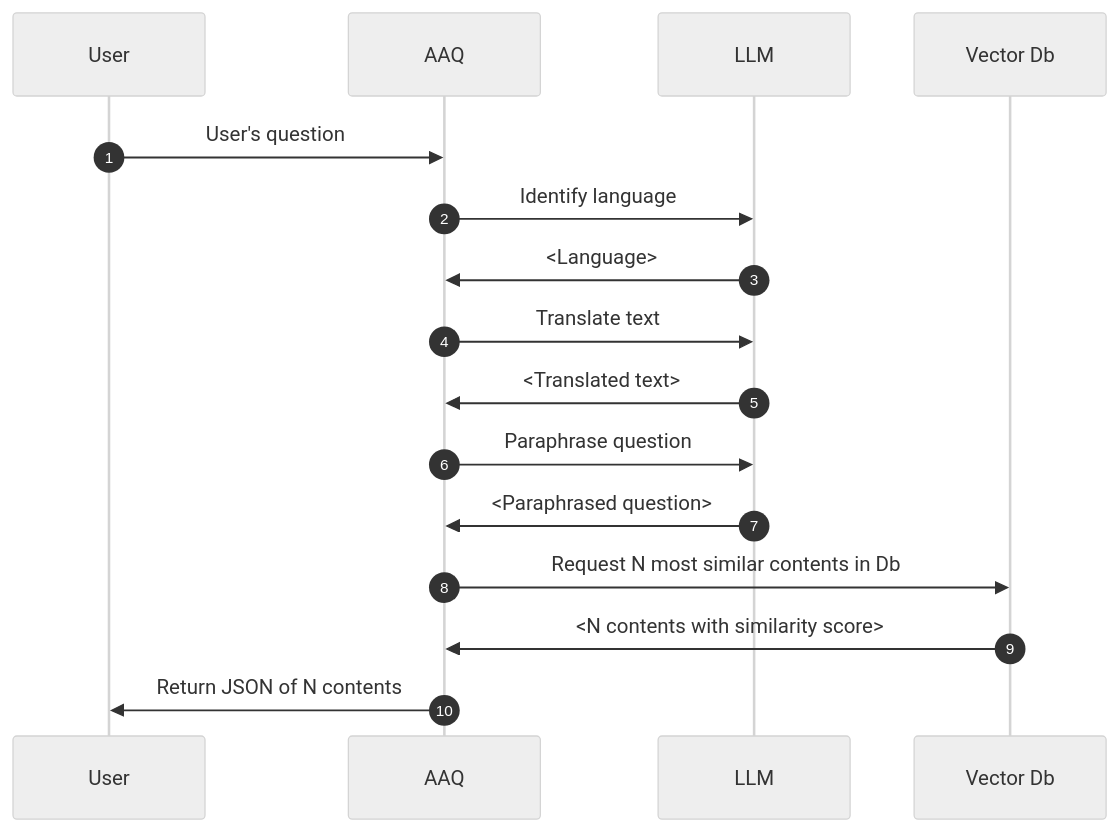
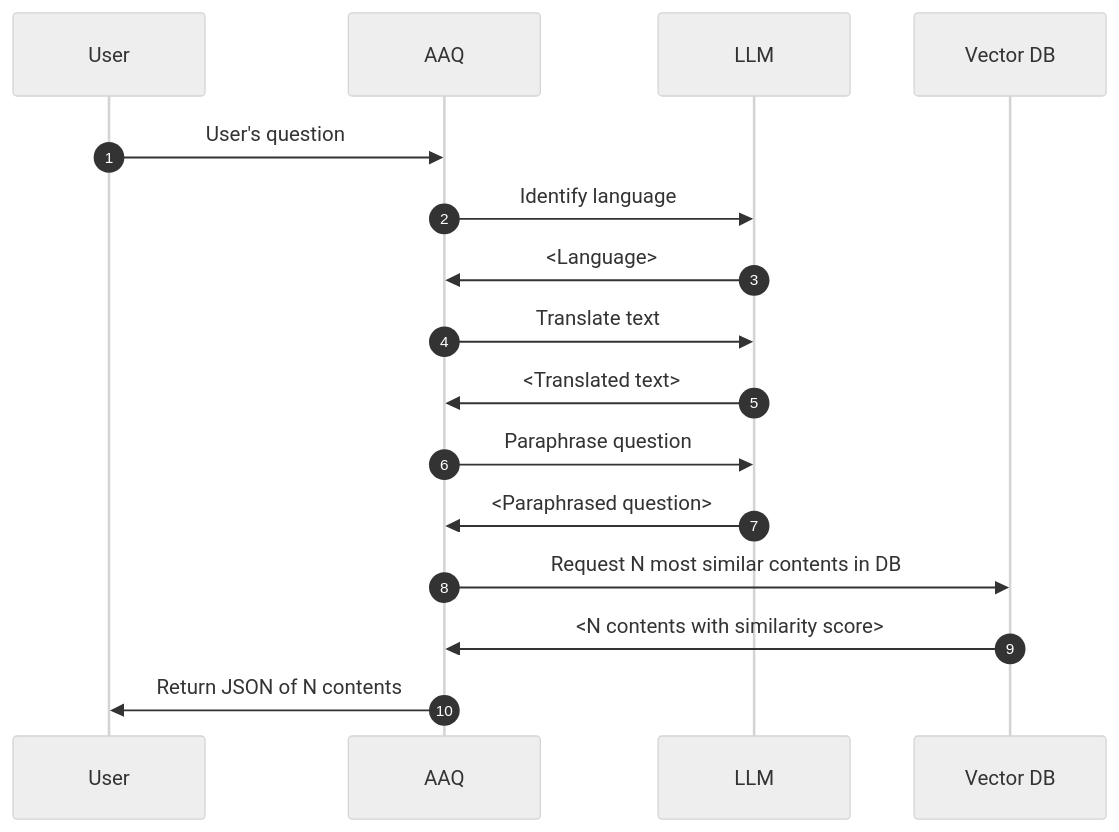
One commit to IDinsight/ask-a-question changed the diagram in docs/components/qa-service/semantic-search.md. Above: the diagram before and after it, drawn with Mermaid (neutral theme).

````diff
--- a/docs/components/qa-service/semantic-search.md
+++ b/docs/components/qa-service/semantic-search.md
@@ -12,15 +12,15 @@
 ```mermaid
 sequenceDiagram
   autonumber
   User->>AAQ: User's question
   AAQ->>LLM: Identify language
   LLM->>AAQ: <Language>
   AAQ->>LLM: Translate text
   LLM->>AAQ: <Translated text>
   AAQ->>LLM: Paraphrase question
   LLM->>AAQ: <Paraphrased question>
-  AAQ->>Vector Db: Request N most similar contents in Db
-  Vector Db->>AAQ: <N contents with similarity score>
+  AAQ->>Vector DB: Request N most similar contents in DB
+  Vector DB->>AAQ: <N contents with similarity score>
   AAQ->>User: Return JSON of N contents
 
 ```
````
